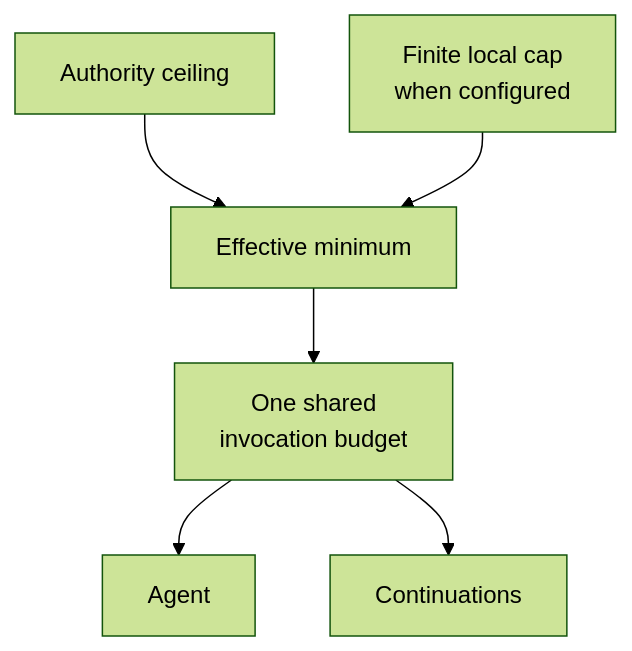
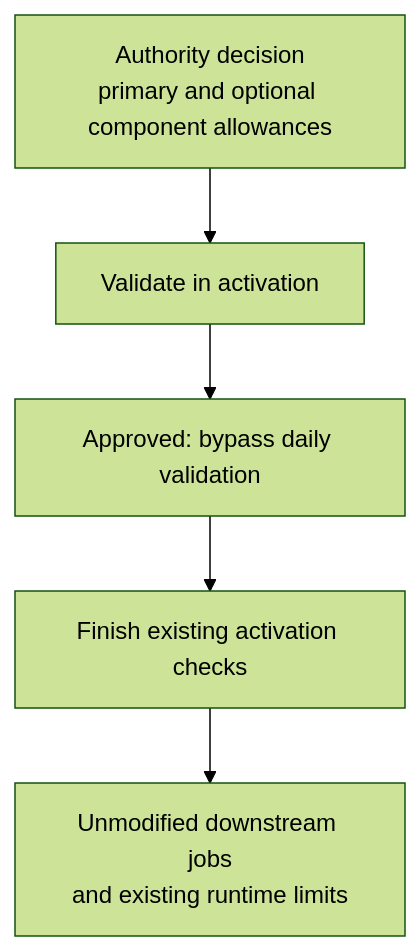
One commit to githubnext/gh-aw changed the fifth of 5 diagrams in docs/src/content/docs/specs/admission-service-specification.md. Above: the diagram before and after it, drawn with Mermaid (forest theme). The commit also changed other lines of this file and 372 other files, not shown here.

````diff
--- a/docs/src/content/docs/specs/admission-service-specification.md
+++ b/docs/src/content/docs/specs/admission-service-specification.md
@@ -539,8 +547,7 @@
 ```mermaid
 flowchart TD
-    S["Authority ceiling"] --> M["Effective minimum"]
-    L["Finite local cap<br/>when configured"] --> M
-    M --> B["One shared<br/>invocation budget"]
-    B --> A["Agent"]
-    B --> C["Continuations"]
+    S["Authority decision<br/>primary and optional component allowances"] --> V["Validate in activation"]
+    V --> A["Approved: bypass daily validation"]
+    A --> F["Finish existing activation checks"]
+    F --> J["Unmodified downstream jobs<br/>and existing runtime limits"]
 ```
````
